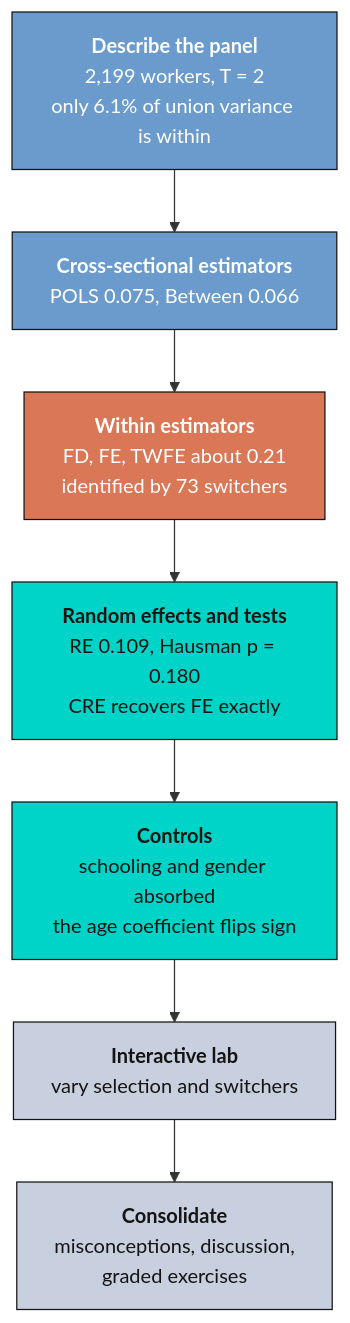
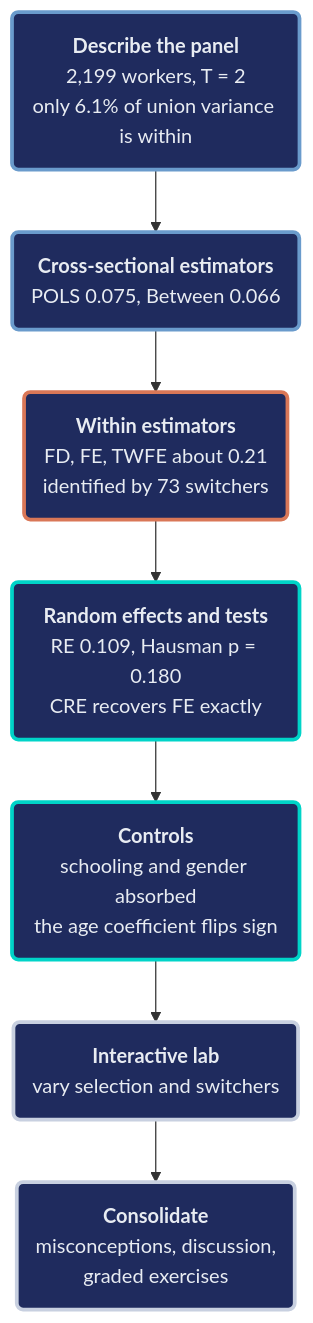
The first of 2 diagrams in content/post/python_panel_intro/index.md (cmg777/starter-academic-v501), drawn with Mermaid before and after one commit. The commit also changed other lines of this file and 2 other files, not shown here.

First line of the commit message:
fix(mermaid): readable flowcharts on the dark background

````diff
--- a/content/post/python_panel_intro/index.md
+++ b/content/post/python_panel_intro/index.md
@@ -99,16 +99,17 @@
 ```mermaid
 graph TD
-    A["<b>Describe the panel</b><br/>2,199 workers, T = 2<br/>only 6.1% of union variance is within"] --> B["<b>Cross-sectional estimators</b><br/>POLS 0.075, Between 0.066"]
-    B --> C["<b>Within estimators</b><br/>FD, FE, TWFE about 0.21<br/>identified by 73 switchers"]
-    C --> D["<b>Random effects and tests</b><br/>RE 0.109, Hausman p = 0.180<br/>CRE recovers FE exactly"]
-    D --> E["<b>Controls</b><br/>schooling and gender absorbed<br/>the age coefficient flips sign"]
-    E --> F["<b>Interactive lab</b><br/>vary selection and switchers"]
-    F --> G["<b>Consolidate</b><br/>misconceptions, discussion,<br/>graded exercises"]
-    style A fill:#6a9bcc,stroke:#141413,color:#fff
-    style B fill:#6a9bcc,stroke:#141413,color:#fff
-    style C fill:#d97757,stroke:#141413,color:#fff
-    style D fill:#00d4c8,stroke:#141413,color:#141413
-    style E fill:#00d4c8,stroke:#141413,color:#141413
-    style F fill:#c8d0e0,stroke:#141413,color:#141413
-    style G fill:#c8d0e0,stroke:#141413,color:#141413
+    A("<b>Describe the panel</b><br/>2,199 workers, T = 2<br/>only 6.1% of union variance is within") --> B("<b>Cross-sectional estimators</b><br/>POLS 0.075, Between 0.066")
+    B --> C("<b>Within estimators</b><br/>FD, FE, TWFE about 0.21<br/>identified by 73 switchers")
+    C --> D("<b>Random effects and tests</b><br/>RE 0.109, Hausman p = 0.180<br/>CRE recovers FE exactly")
+    D --> E("<b>Controls</b><br/>schooling and gender absorbed<br/>the age coefficient flips sign")
+    E --> F("<b>Interactive lab</b><br/>vary selection and switchers")
+    F --> G("<b>Consolidate</b><br/>misconceptions, discussion,<br/>graded exercises")
+    classDef data fill:#1f2b5e,stroke:#6a9bcc,stroke-width:3px,color:#e8ecf2
+    classDef within fill:#1f2b5e,stroke:#d97757,stroke-width:3px,color:#e8ecf2
+    classDef tests fill:#1f2b5e,stroke:#00d4c8,stroke-width:3px,color:#e8ecf2
+    classDef practice fill:#1f2b5e,stroke:#c8d0e0,stroke-width:3px,color:#e8ecf2
+    class A,B data
+    class C within
+    class D,E tests
+    class F,G practice
 ```
````
